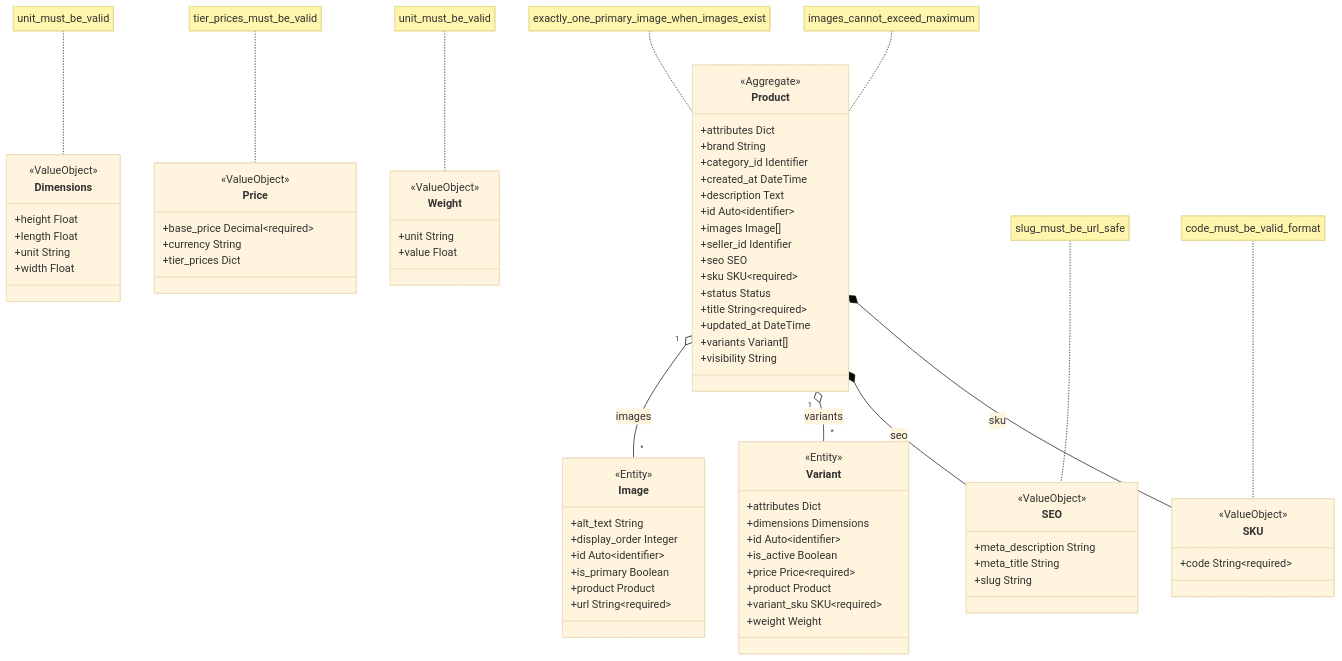
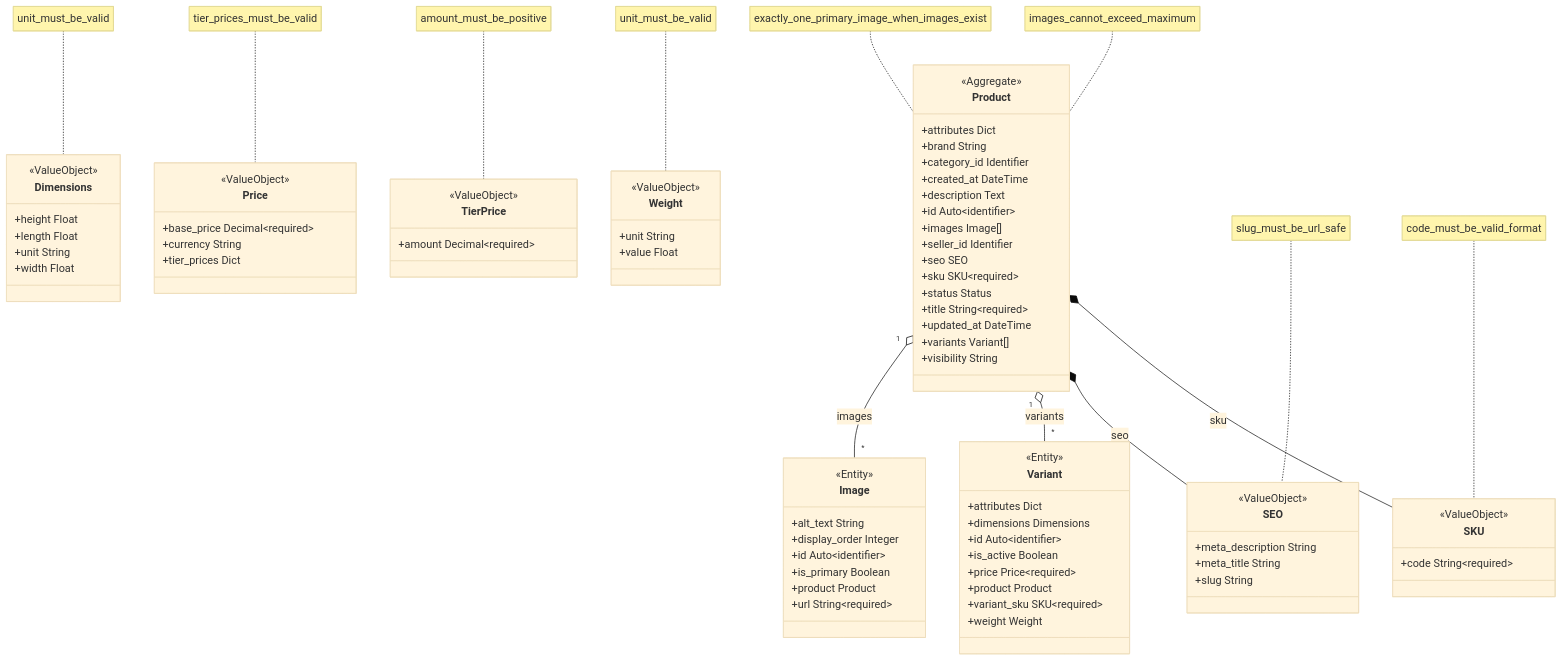
The second of 2 diagrams in docs/catalogue/clusters.md (proteanhq/shopstream), drawn with Mermaid (base theme) before and after one commit. The commit also changed 18 other files, not shown here.

First line of the commit message:
Type catalogue tier prices with Dict(value_type=ValueObject(TierPrice)) (#147)

```diff
--- a/docs/catalogue/clusters.md
+++ b/docs/catalogue/clusters.md
@@ -85,6 +85,11 @@
     }
     note for catalogue_product_product_SEO "slug_must_be_url_safe"
     catalogue_product_product_Product *-- catalogue_product_product_SEO : seo
+    class catalogue_product_product_TierPrice["TierPrice"] {
+        <<ValueObject>>
+        +amount Decimal~required~
+    }
+    note for catalogue_product_product_TierPrice "amount_must_be_positive"
     class catalogue_product_product_Weight["Weight"] {
         <<ValueObject>>
         +unit String
```
